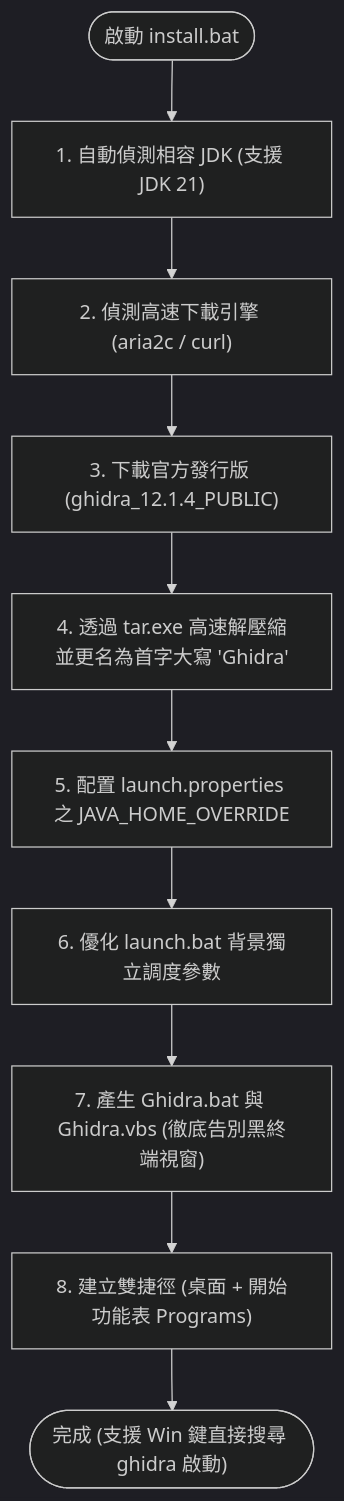
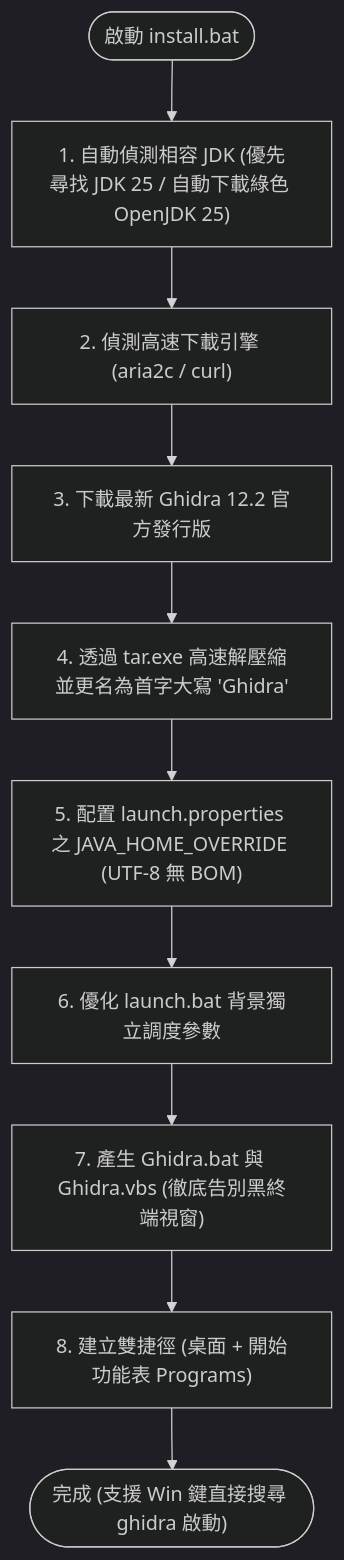
Before and after one commit to Youchenjiang/tool-scripts: the second of 2 diagrams in security/ghidra-bootstrapper/README.zh-TW.md, drawn with Mermaid (dark theme). The commit also changed other lines of this file and 2 other files, not shown here.

First line of the commit message:
feat(ghidra): upgrade to ghidra 12.2 with adoptium openjdk 25 lts support

````diff
--- a/security/ghidra-bootstrapper/README.zh-TW.md
+++ b/security/ghidra-bootstrapper/README.zh-TW.md
@@ -23,12 +27,12 @@
 ```mermaid
 flowchart TD
-    Start(["啟動 install.bat"]) --> CheckJDK["1. 自動偵測相容 JDK (支援 JDK 21)"]
+    Start(["啟動 install.bat"]) --> CheckJDK["1. 自動偵測相容 JDK (優先尋找 JDK 25 / 自動下載綠色 OpenJDK 25)"]
     CheckJDK --> Engine["2. 偵測高速下載引擎 (aria2c / curl)"]
-    Engine --> Download["3. 下載官方發行版 (ghidra_12.1.4_PUBLIC)"]
+    Engine --> Download["3. 下載最新 Ghidra 12.2 官方發行版"]
     Download --> Extract["4. 透過 tar.exe 高速解壓縮並更名為首字大寫 'Ghidra'"]
-    Extract --> Config["5. 配置 launch.properties 之 JAVA_HOME_OVERRIDE"]
+    Extract --> Config["5. 配置 launch.properties 之 JAVA_HOME_OVERRIDE (UTF-8 無 BOM)"]
     Config --> Patch["6. 優化 launch.bat 背景獨立調度參數"]
     Patch --> GenLaunchers["7. 產生 Ghidra.bat 與 Ghidra.vbs (徹底告別黑終端視窗)"]
     GenLaunchers --> Shortcuts["8. 建立雙捷徑 (桌面 + 開始功能表 Programs)"]
     Shortcuts --> End(["完成 (支援 Win 鍵直接搜尋 ghidra 啟動)"])
 ```
````
